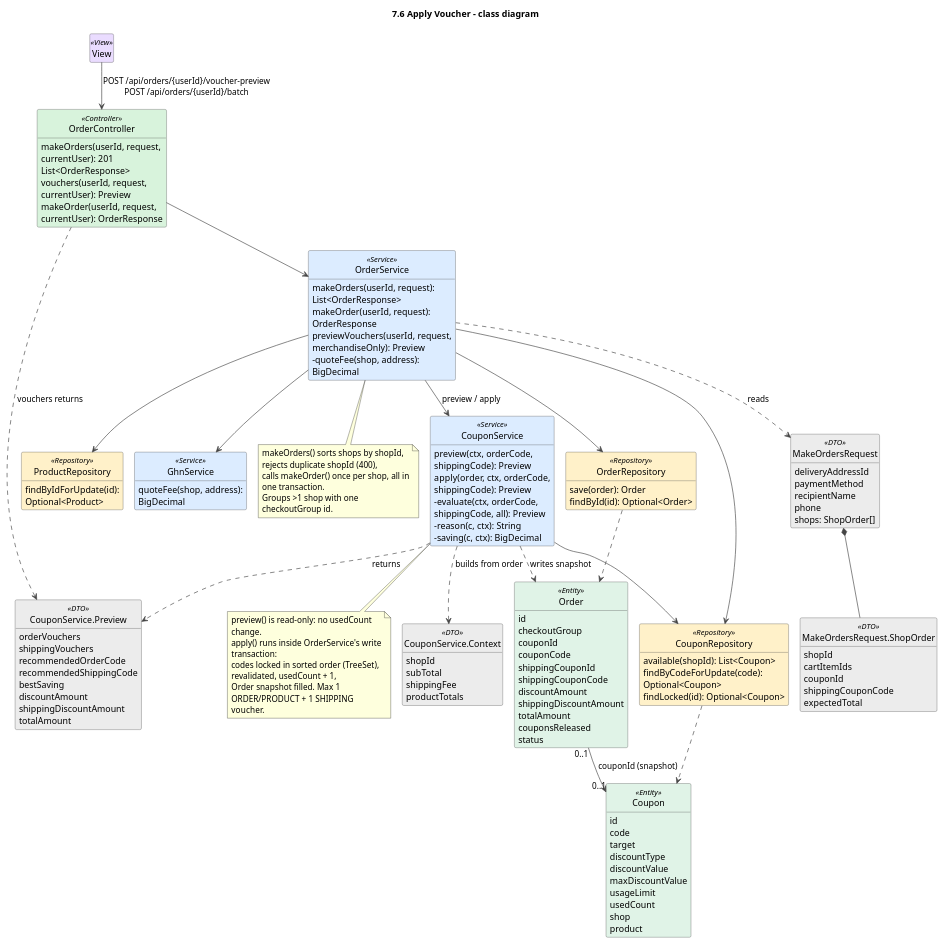
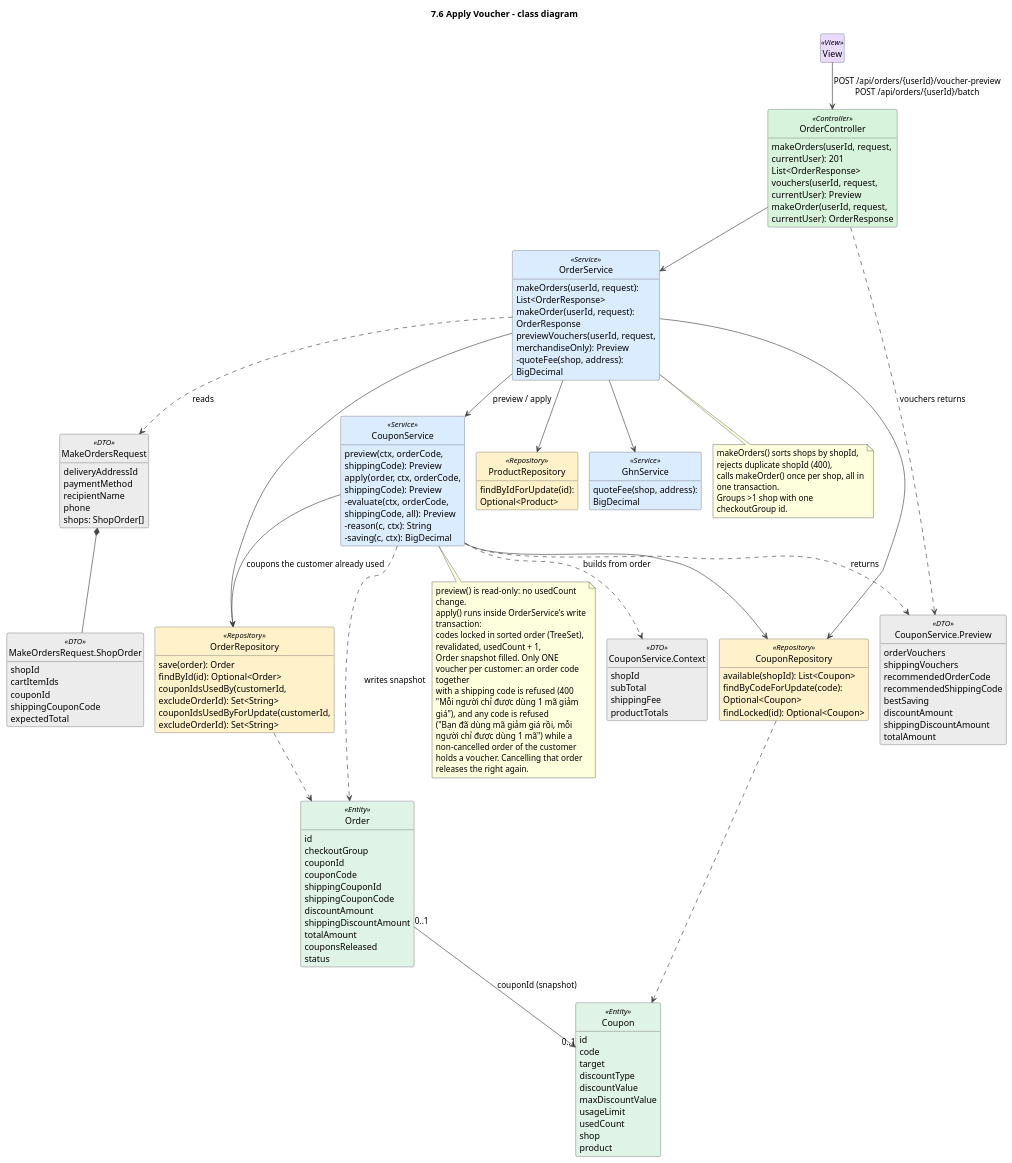
The diagram in docs/sds/7.6-apply-voucher-class.puml (duckpao/FlowerShop_SWP391), drawn with PlantUML before and after one commit. The commit also changed 18 other files, not shown here.

```diff
--- a/docs/sds/7.6-apply-voucher-class.puml
+++ b/docs/sds/7.6-apply-voucher-class.puml
@@ -1,147 +1,153 @@
 @startuml
 !pragma layout smetana
 title 7.6 Apply Voucher - class diagram
 skinparam shadowing false
 skinparam defaultFontName Arial
 skinparam wrapWidth 240
 skinparam ArrowColor #444444
 skinparam classAttributeIconSize 0
 skinparam nodesep 45
 skinparam ranksep 50
 skinparam class {
   BackgroundColor #FFFFFF
   BorderColor #444444
   BackgroundColor<<View>> #EADCFF
   BackgroundColor<<Controller>> #D8F3DC
   BackgroundColor<<Service>> #DCECFF
   BackgroundColor<<Repository>> #FFF1C9
   BackgroundColor<<Entity>> #E0F3E7
   BackgroundColor<<External>> #FFE0E0
   BackgroundColor<<DTO>> #ECECEC
 }
 hide empty members
 hide circle
 
 class View <<View>>
 
 class OrderController <<Controller>> {
   makeOrders(userId, request, currentUser): 201 List<OrderResponse>
   vouchers(userId, request, currentUser): Preview
   makeOrder(userId, request, currentUser): OrderResponse
 }
 class OrderService <<Service>> {
   makeOrders(userId, request): List<OrderResponse>
   makeOrder(userId, request): OrderResponse
   previewVouchers(userId, request, merchandiseOnly): Preview
   -quoteFee(shop, address): BigDecimal
 }
 class CouponService <<Service>> {
   preview(ctx, orderCode, shippingCode): Preview
   apply(order, ctx, orderCode, shippingCode): Preview
   -evaluate(ctx, orderCode, shippingCode, all): Preview
   -reason(c, ctx): String
   -saving(c, ctx): BigDecimal
 }
 class "CouponService.Context" as Context <<DTO>> {
   shopId
   subTotal
   shippingFee
   productTotals
 }
 class "CouponService.Preview" as Preview <<DTO>> {
   orderVouchers
   shippingVouchers
   recommendedOrderCode
   recommendedShippingCode
   bestSaving
   discountAmount
   shippingDiscountAmount
   totalAmount
 }
 class MakeOrdersRequest <<DTO>> {
   deliveryAddressId
   paymentMethod
   recipientName
   phone
   shops: ShopOrder[]
 }
 class "MakeOrdersRequest.ShopOrder" as ShopOrder <<DTO>> {
   shopId
   cartItemIds
   couponId
   shippingCouponCode
   expectedTotal
 }
 class OrderRepository <<Repository>> {
   save(order): Order
   findById(id): Optional<Order>
+  couponIdsUsedBy(customerId, excludeOrderId): Set<String>
+  couponIdsUsedByForUpdate(customerId, excludeOrderId): Set<String>
 }
 class CouponRepository <<Repository>> {
   available(shopId): List<Coupon>
   findByCodeForUpdate(code): Optional<Coupon>
   findLocked(id): Optional<Coupon>
 }
 class ProductRepository <<Repository>> {
   findByIdForUpdate(id): Optional<Product>
 }
 class GhnService <<Service>> {
   quoteFee(shop, address): BigDecimal
 }
 class Order <<Entity>> {
   id
   checkoutGroup
   couponId
   couponCode
   shippingCouponId
   shippingCouponCode
   discountAmount
   shippingDiscountAmount
   totalAmount
   couponsReleased
   status
 }
 class Coupon <<Entity>> {
   id
   code
   target
   discountType
   discountValue
   maxDiscountValue
   usageLimit
   usedCount
   shop
   product
 }
 
 View --> OrderController : POST /api/orders/{userId}/voucher-preview\nPOST /api/orders/{userId}/batch
 OrderController --> OrderService
 OrderController ..> Preview : vouchers returns
 OrderService ..> MakeOrdersRequest : reads
 MakeOrdersRequest *-- ShopOrder
 OrderService --> CouponService : preview / apply
 OrderService --> OrderRepository
 OrderService --> CouponRepository
 OrderService --> ProductRepository
 OrderService --> GhnService
 CouponService ..> Context : builds from order
 CouponService ..> Preview : returns
 CouponService --> CouponRepository
+CouponService --> OrderRepository : coupons the customer already used
 CouponService ..> Order : writes snapshot
 CouponRepository ..> Coupon
 OrderRepository ..> Order
 Order "0..1" --> "0..1" Coupon : couponId (snapshot)
 
 note bottom of CouponService
   preview() is read-only: no usedCount change.
   apply() runs inside OrderService's write transaction:
   codes locked in sorted order (TreeSet), revalidated, usedCount + 1,
-  Order snapshot filled. Max 1 ORDER/PRODUCT + 1 SHIPPING voucher.
+  Order snapshot filled. Only ONE voucher per customer: an order code together
+  with a shipping code is refused (400 "Mỗi người chỉ được dùng 1 mã giảm giá"), and any code is refused
+  ("Bạn đã dùng mã giảm giá rồi, mỗi người chỉ được dùng 1 mã") while a non-cancelled order of the customer
+  holds a voucher. Cancelling that order releases the right again.
 end note
 
 note bottom of OrderService
   makeOrders() sorts shops by shopId, rejects duplicate shopId (400),
   calls makeOrder() once per shop, all in one transaction.
   Groups >1 shop with one checkoutGroup id.
 end note
 
 @enduml
```
